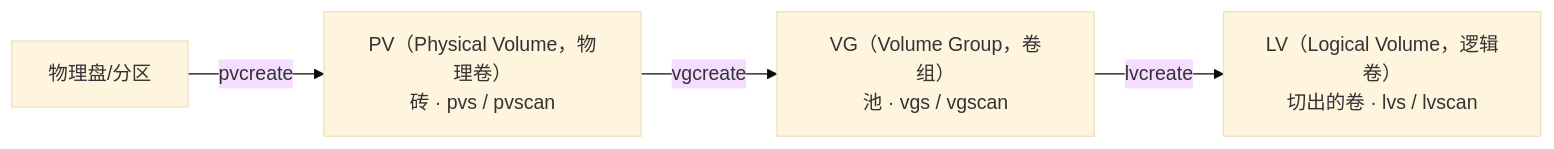
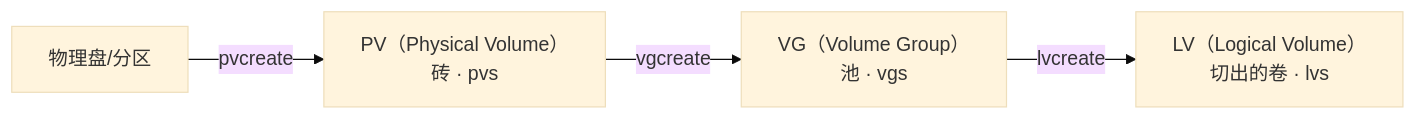
The third of 7 diagrams in 01-基础底座/29-磁盘管理与LVM/知识点.md (ml-cuizijun/LearnToLilith), drawn with Mermaid (base theme) before and after one commit. The commit also changed other lines of this file and 178 other files, not shown here.

````diff
--- a/01-基础底座/29-磁盘管理与LVM/知识点.md
+++ b/01-基础底座/29-磁盘管理与LVM/知识点.md
@@ -190,6 +191,6 @@
 ```mermaid
 flowchart LR
-    P["物理盘/分区"] -->|"pvcreate"| PV["PV（Physical Volume，物理卷）<br/>砖 · pvs / pvscan"]
-    PV -->|"vgcreate"| VG["VG（Volume Group，卷组）<br/>池 · vgs / vgscan"]
-    VG -->|"lvcreate"| LV["LV（Logical Volume，逻辑卷）<br/>切出的卷 · lvs / lvscan"]
+    P["物理盘/分区"] -->|"pvcreate"| PV["PV（Physical Volume）<br/>砖 · pvs"]
+    PV -->|"vgcreate"| VG["VG（Volume Group）<br/>池 · vgs"]
+    VG -->|"lvcreate"| LV["LV（Logical Volume）<br/>切出的卷 · lvs"]
 ```
````
